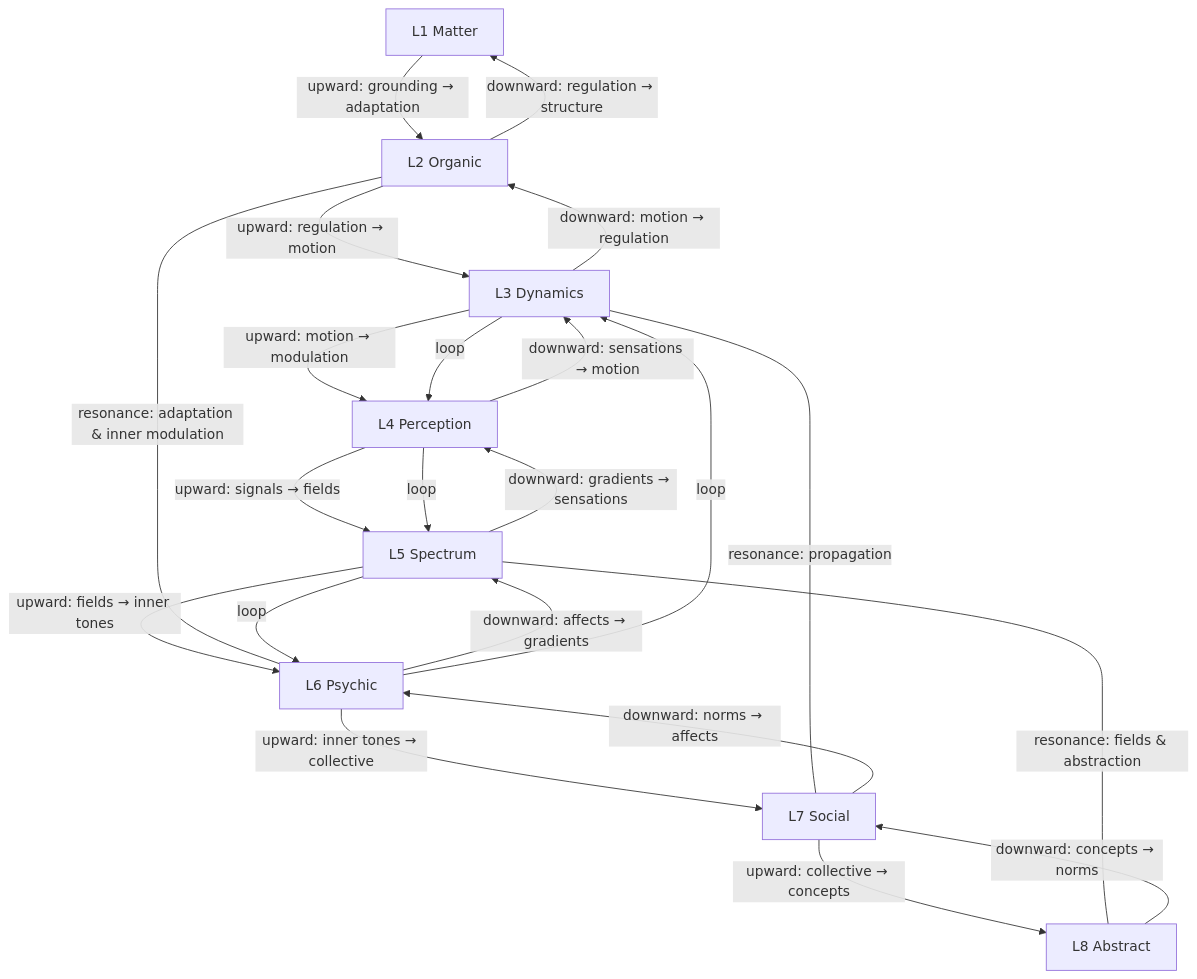
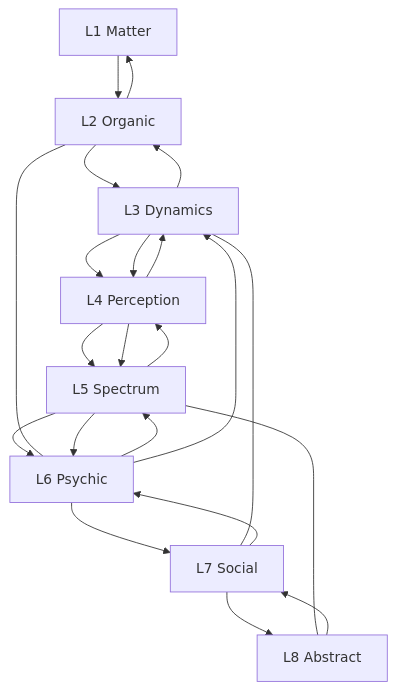
Before and after one commit to sciganec/subit-atlas: the diagram in docs/system/ext/layer/Layer-Map.mmd, drawn with Mermaid.

````diff
--- a/docs/system/ext/layer/Layer-Map.mmd
+++ b/docs/system/ext/layer/Layer-Map.mmd
@@ -1,42 +1,40 @@
-```mermaid
 graph TD
 
-%% LAYER NODES
+%% LAYERS
 L1["L1 Matter"]
 L2["L2 Organic"]
 L3["L3 Dynamics"]
 L4["L4 Perception"]
 L5["L5 Spectrum"]
 L6["L6 Psychic"]
 L7["L7 Social"]
 L8["L8 Abstract"]
 
-%% VERTICAL FLOW (BOTTOM → TOP)
-L1 -->|upward: grounding → adaptation| L2
-L2 -->|upward: regulation → motion| L3
-L3 -->|upward: motion → modulation| L4
-L4 -->|upward: signals → fields| L5
-L5 -->|upward: fields → inner tones| L6
-L6 -->|upward: inner tones → collective| L7
-L7 -->|upward: collective → concepts| L8
+%% UPWARD FLOW
+L1 --> L2
+L2 --> L3
+L3 --> L4
+L4 --> L5
+L5 --> L6
+L6 --> L7
+L7 --> L8
 
-%% VERTICAL FLOW (TOP → BOTTOM)
-L8 -->|downward: concepts → norms| L7
-L7 -->|downward: norms → affects| L6
-L6 -->|downward: affects → gradients| L5
-L5 -->|downward: gradients → sensations| L4
-L4 -->|downward: sensations → motion| L3
-L3 -->|downward: motion → regulation| L2
-L2 -->|downward: regulation → structure| L1
+%% DOWNWARD FLOW
+L8 --> L7
+L7 --> L6
+L6 --> L5
+L5 --> L4
+L4 --> L3
+L3 --> L2
+L2 --> L1
 
-%% RESONANCE PAIRS
-L3 ---|resonance: propagation| L7
-L5 ---|resonance: fields & abstraction| L8
-L2 ---|resonance: adaptation & inner modulation| L6
+%% RESONANCE LINKS
+L3 --- L7
+L5 --- L8
+L2 --- L6
 
 %% MIDDLE LOOP
-L3 -->|loop| L4
-L4 -->|loop| L5
-L5 -->|loop| L6
-L6 -->|loop| L3
-```
+L3 --> L4
+L4 --> L5
+L5 --> L6
+L6 --> L3
````
